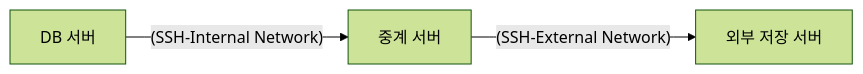
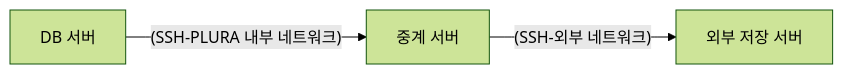
The diagram in os/rocky8/app/mysql/backup/readme.md (QubitSecurity/howto), drawn with Mermaid (forest theme) before and after one commit.

Commit message:
Update SSH network descriptions in readme.md

````diff
--- a/os/rocky8/app/mysql/backup/readme.md
+++ b/os/rocky8/app/mysql/backup/readme.md
@@ -5,4 +5,4 @@
 ```mermaid
 graph LR;
-    DB_Server[DB 서버] --(SSH-Internal Network)--> Internal_System[중계 서버] --(SSH-External Network)--> External_System[외부 저장 서버]
+    DB_Server[DB 서버] --(SSH-PLURA 내부 네트워크)--> Internal_System[중계 서버] --(SSH-외부 네트워크)--> External_System[외부 저장 서버]
 ```
````
